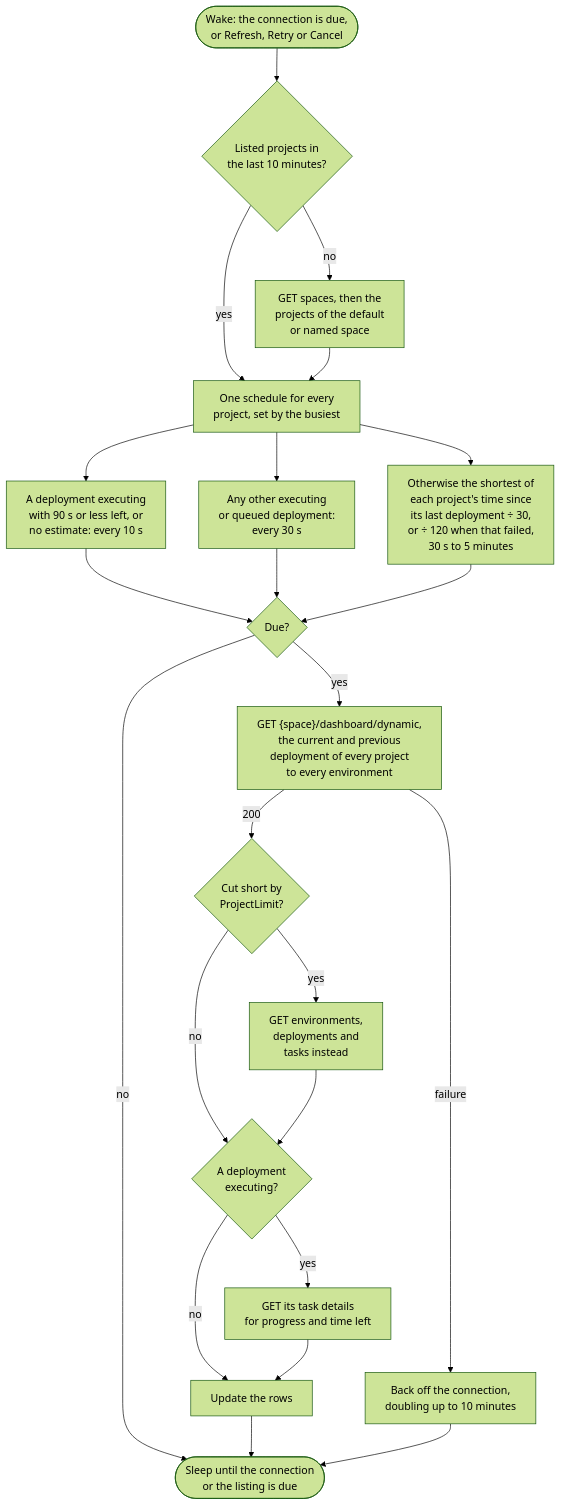
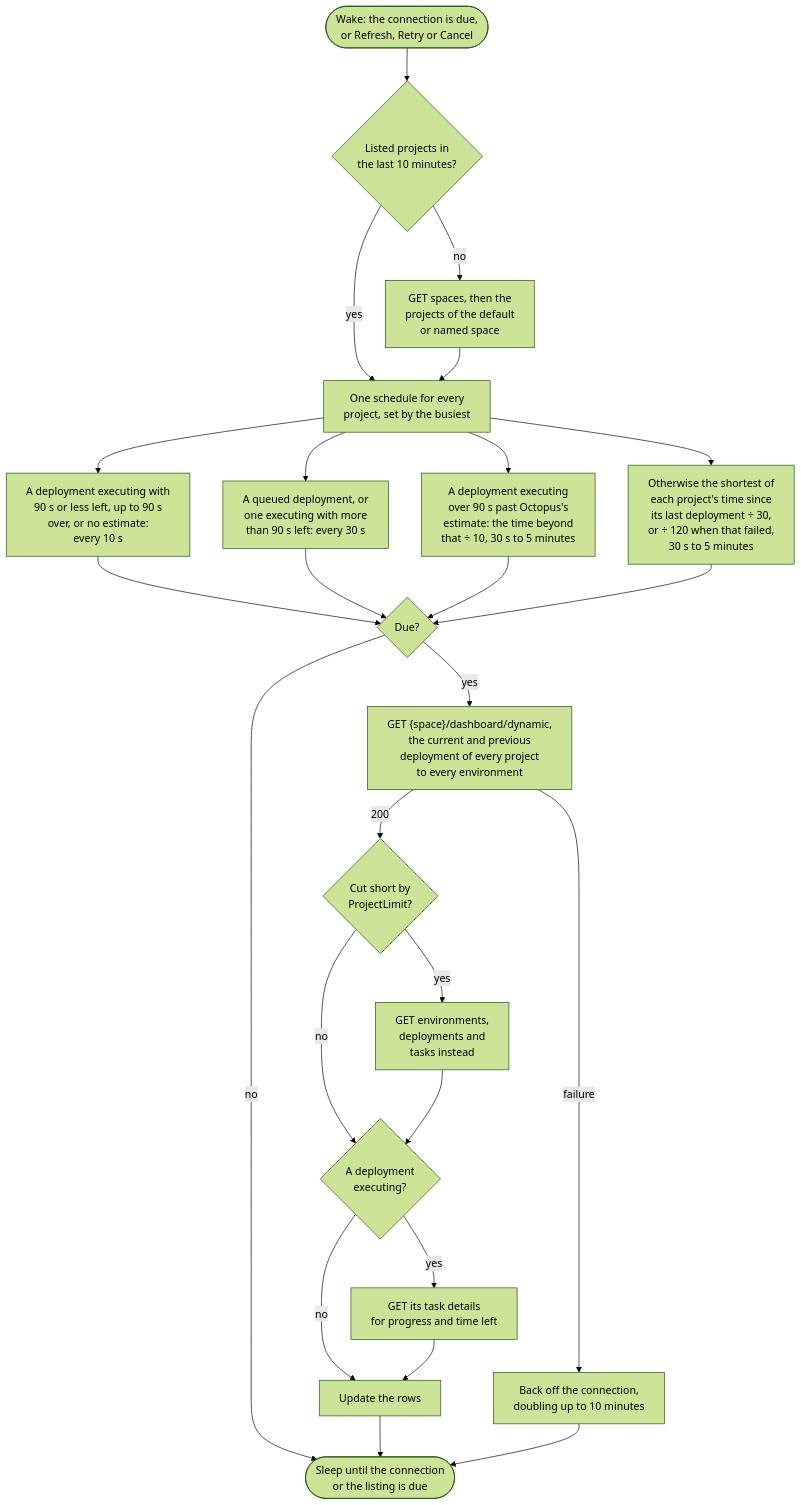
Before and after one commit to SimonCropp/BuildMonitor: the diagram in docs/mdsource/providers/octopus.source.md, drawn with Mermaid (forest theme). The commit also changed 30 other files, not shown here.

First line of the commit message:
Aim the running interval at when a build is expected to finish

````diff
--- a/docs/mdsource/providers/octopus.source.md
+++ b/docs/mdsource/providers/octopus.source.md
@@ -32,30 +32,32 @@
 ```mermaid
 ---
 config:
   flowchart:
     wrappingWidth: 400
 ---
 flowchart TD
     wake(["Wake: the connection is due,<br/>or Refresh, Retry or Cancel"]) --> listed{"Listed projects in<br/>the last 10 minutes?"}
     listed -- "no" --> discover["GET spaces, then the<br/>projects of the default<br/>or named space"]
     listed -- "yes" --> interval["One schedule for every<br/>project, set by the busiest"]
     discover --> interval
-    interval --> finishing["A deployment executing<br/>with 90 s or less left, or<br/>no estimate: every 10 s"]
-    interval --> running["Any other executing<br/>or queued deployment:<br/>every 30 s"]
+    interval --> finishing["A deployment executing with<br/>90 s or less left, up to 90 s<br/>over, or no estimate:<br/>every 10 s"]
+    interval --> running["A queued deployment, or<br/>one executing with more<br/>than 90 s left: every 30 s"]
+    interval --> overrun["A deployment executing<br/>over 90 s past Octopus's<br/>estimate: the time beyond<br/>that ÷ 10, 30 s to 5 minutes"]
     interval --> quiet["Otherwise the shortest of<br/>each project's time since<br/>its last deployment ÷ 30,<br/>or ÷ 120 when that failed,<br/>30 s to 5 minutes"]
     finishing --> due{"Due?"}
     running --> due
+    overrun --> due
     quiet --> due
     due -- "no" --> sleep(["Sleep until the connection<br/>or the listing is due"])
     due -- "yes" --> fetch["GET {space}/dashboard/dynamic,<br/>the current and previous<br/>deployment of every project<br/>to every environment"]
     fetch -- "200" --> limited{"Cut short by<br/>ProjectLimit?"}
     limited -- "yes" --> separately["GET environments,<br/>deployments and<br/>tasks instead"]
     limited -- "no" --> executing{"A deployment<br/>executing?"}
     separately --> executing
     executing -- "yes" --> details["GET its task details<br/>for progress and time left"]
     executing -- "no" --> rows["Update the rows"]
     details --> rows
     fetch -- "failure" --> backoff["Back off the connection,<br/>doubling up to 10 minutes"]
     rows --> sleep
     backoff --> sleep
 ```
````
